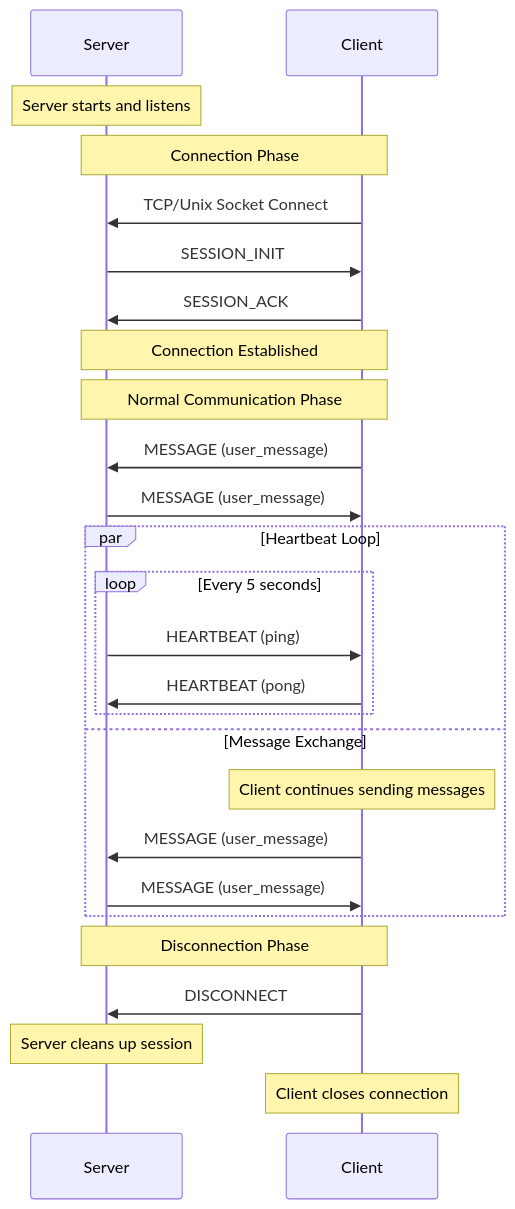
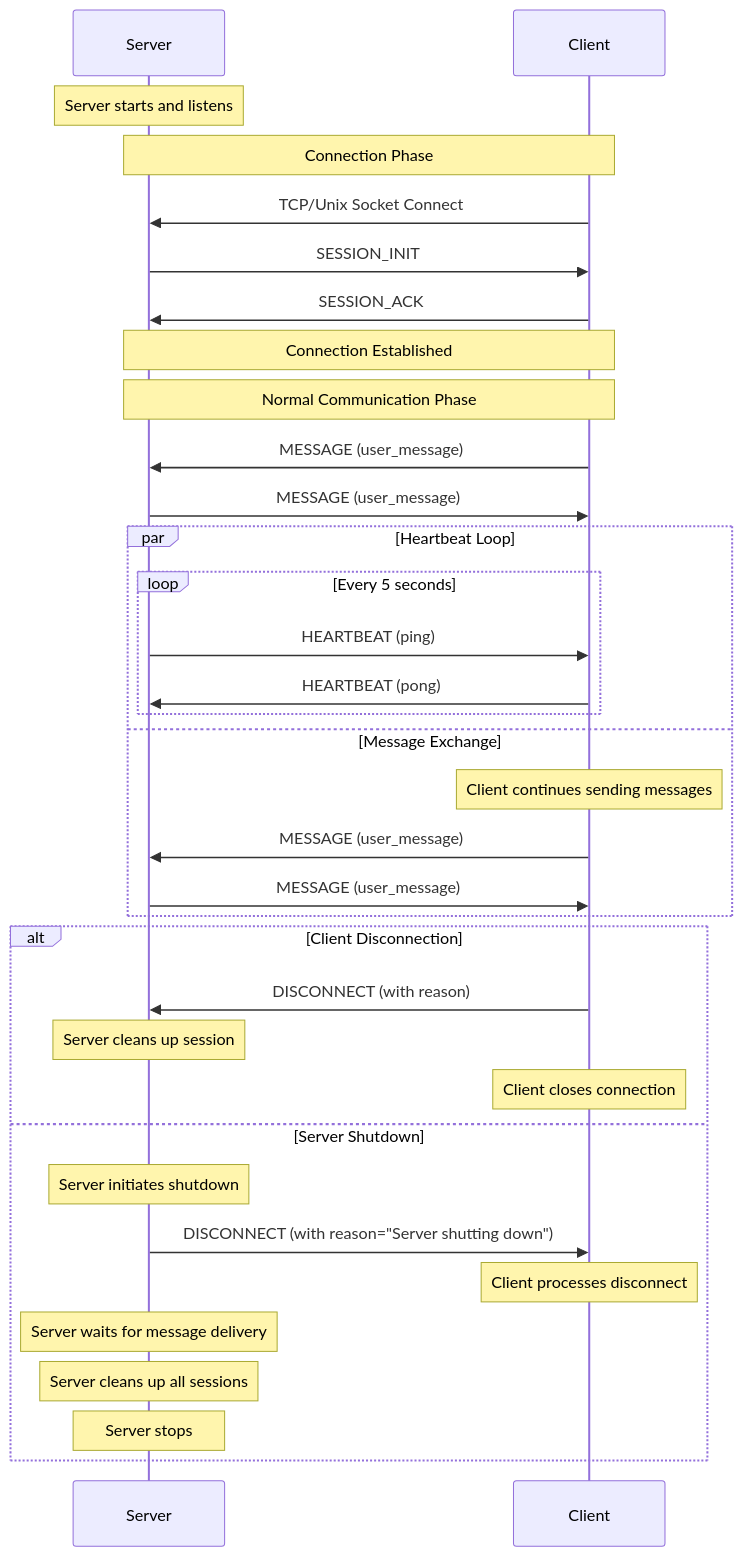
The diagram in README.md (vistart/python-socket-demo), drawn with Mermaid before and after one commit. The commit also changed other lines of this file and 5 other files, not shown here.

````diff
--- a/README.md
+++ b/README.md
@@ -136,33 +72,41 @@
 ```mermaid
 sequenceDiagram
     participant S as Server
     participant C as Client
     
     Note over S: Server starts and listens
     
     Note over S,C: Connection Phase
     C->>S: TCP/Unix Socket Connect
     S->>C: SESSION_INIT
     C->>S: SESSION_ACK
     Note over S,C: Connection Established
     
     Note over S,C: Normal Communication Phase
     C->>S: MESSAGE (user_message)
     S->>C: MESSAGE (user_message)
     
     par Heartbeat Loop
         loop Every 5 seconds
             S->>C: HEARTBEAT (ping)
             C->>S: HEARTBEAT (pong)
         end
     and Message Exchange
         Note over C: Client continues sending messages
         C->>S: MESSAGE (user_message)
         S->>C: MESSAGE (user_message)
     end
     
-    Note over S,C: Disconnection Phase
-    C->>S: DISCONNECT
-    Note over S: Server cleans up session
-    Note over C: Client closes connection
+    alt Client Disconnection
+        C->>S: DISCONNECT (with reason)
+        Note over S: Server cleans up session
+        Note over C: Client closes connection
+    else Server Shutdown
+        Note over S: Server initiates shutdown
+        S->>C: DISCONNECT (with reason="Server shutting down")
+        Note over C: Client processes disconnect
+        Note over S: Server waits for message delivery
+        Note over S: Server cleans up all sessions
+        Note over S: Server stops
+    end
 ```
````
